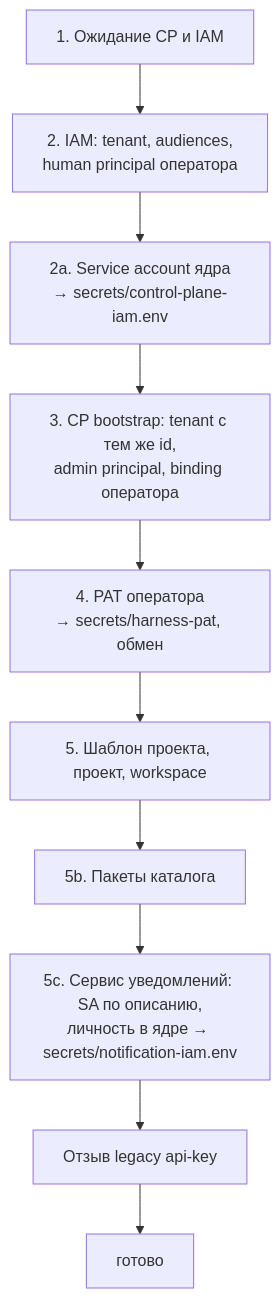
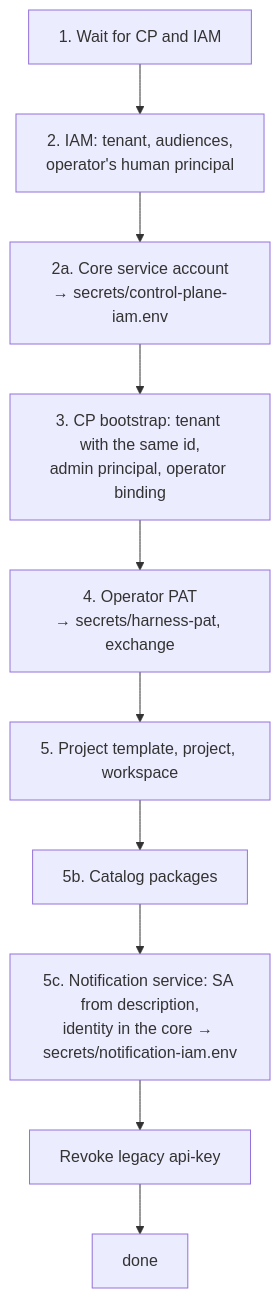
One commit to monthu56/taimen changed the diagram in guide/docs/getting-started/bootstrap.md. Above: the diagram before and after it, drawn with Mermaid. The commit also changed other lines of this file and 183 other files, not shown here.

````diff
--- a/guide/docs/getting-started/bootstrap.md
+++ b/guide/docs/getting-started/bootstrap.md
@@ -107,12 +108,12 @@
 ```mermaid
 flowchart TB
-    S1[1. Ожидание CP и IAM] --> S2[2. IAM: tenant, audiences,<br/>human principal оператора]
-    S2 --> S2a[2a. Service account ядра<br/>→ secrets/control-plane-iam.env]
-    S2a --> S3[3. CP bootstrap: tenant с тем же id,<br/>admin principal, binding оператора]
-    S3 --> S4[4. PAT оператора<br/>→ secrets/harness-pat, обмен]
-    S4 --> S5[5. Шаблон проекта, проект, workspace]
-    S5 --> S5b[5b. Пакеты каталога]
-    S5b --> S5c[5c. Сервис уведомлений: SA по описанию,<br/>личность в ядре → secrets/notification-iam.env]
-    S5c --> R[Отзыв legacy api-key]
-    R --> END[готово]
+    S1[1. Wait for CP and IAM] --> S2[2. IAM: tenant, audiences,<br/>operator's human principal]
+    S2 --> S2a[2a. Core service account<br/>→ secrets/control-plane-iam.env]
+    S2a --> S3[3. CP bootstrap: tenant with the same id,<br/>admin principal, operator binding]
+    S3 --> S4[4. Operator PAT<br/>→ secrets/harness-pat, exchange]
+    S4 --> S5[5. Project template, project, workspace]
+    S5 --> S5b[5b. Catalog packages]
+    S5b --> S5c[5c. Notification service: SA from description,<br/>identity in the core → secrets/notification-iam.env]
+    S5c --> R[Revoke legacy api-key]
+    R --> END[done]
 ```
````
